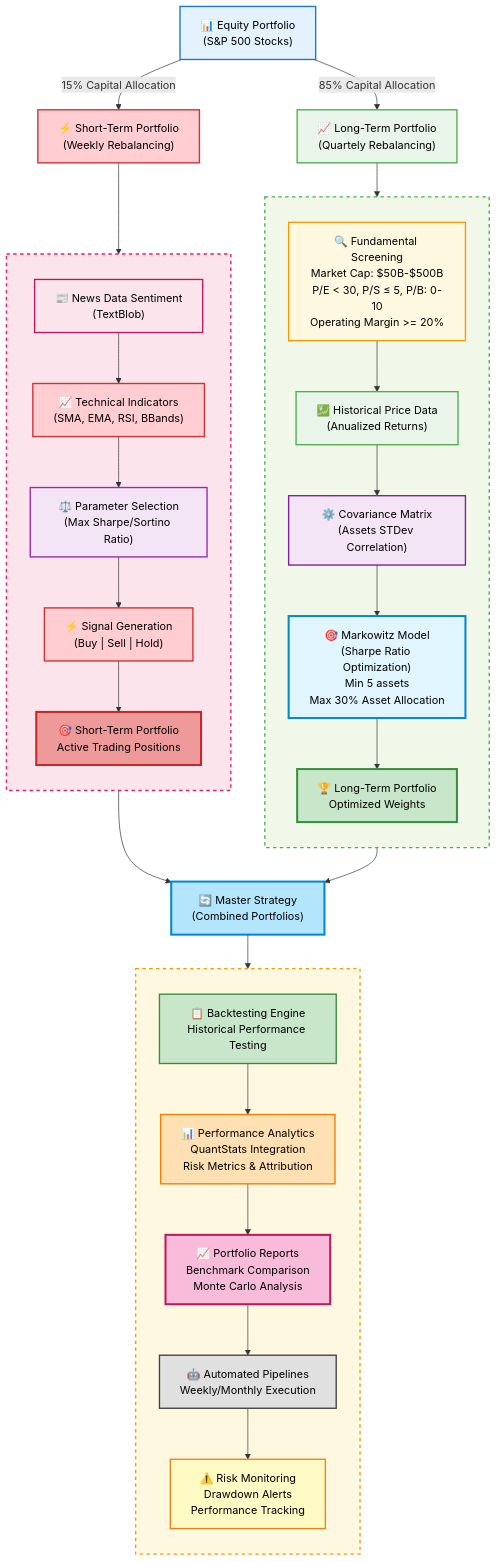
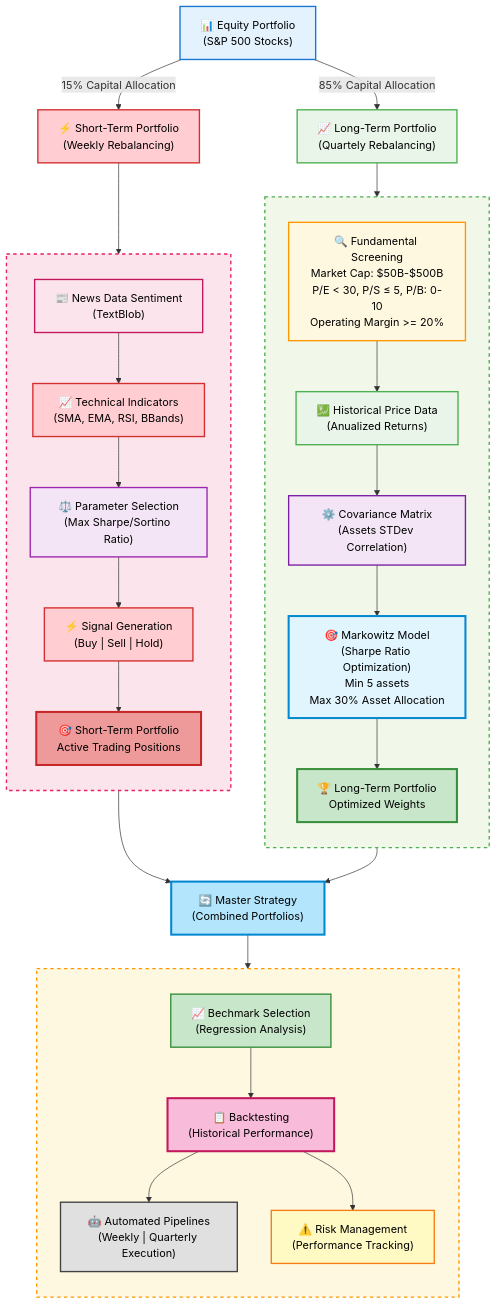
The diagram in README.md (renan-peres/mfin-algo-trading-team), drawn with Mermaid before and after one commit. The commit also changed 2 other files, not shown here.

Commit message:
Revert Commit 8b5a7dd508470ccd85a4df4dfb3c0c57929e203d

```diff
--- a/README.md
+++ b/README.md
@@ -91,13 +91,12 @@
     STP --> CP
     
     %% Backtesting & Analysis
-    CP --> BE[📋 Backtesting Engine<br/>Historical Performance Testing]
-    BE --> PA[📊 Performance Analytics<br/>QuantStats Integration<br/>Risk Metrics & Attribution]
-    PA --> PR[📈 Portfolio Reports<br/>Benchmark Comparison<br/>Monte Carlo Analysis]
-    
+    CP --> BE["📈 Bechmark Selection<br/>(Regression Analysis)"]
+    BE --> PR["📋 Backtesting<br/>(Historical Performance)"]
+
     %% Automation
-    PR --> AP[🤖 Automated Pipelines<br/>Weekly/Monthly Execution]
-    AP --> RM[⚠️ Risk Monitoring<br/>Drawdown Alerts<br/>Performance Tracking]
+    PR --> AP["🤖 Automated Pipelines<br/>(Weekly | Quarterly Execution)"]
+    PR --> RM["⚠️ Risk Management<br/>(Performance Tracking)"]
     
     %% Improved Styling with Better Contrast
     style DS fill:#e3f2fd,stroke:#1976d2,stroke-width:2px,color:#000000
@@ -121,7 +120,6 @@
     %% Combined flow styling
     style CP fill:#b3e5fc,stroke:#0288d1,stroke-width:3px,color:#000000
     style BE fill:#c8e6c9,stroke:#388e3c,stroke-width:2px,color:#000000
-    style PA fill:#ffe0b2,stroke:#f57c00,stroke-width:2px,color:#000000
     style PR fill:#f8bbd9,stroke:#c2185b,stroke-width:3px,color:#000000
     style AP fill:#e0e0e0,stroke:#424242,stroke-width:2px,color:#000000
     style RM fill:#fff9c4,stroke:#f57f17,stroke-width:2px,color:#000000
@@ -148,7 +146,6 @@
     subgraph Analytics[" "]
         direction TB
         BE
-        PA
         PR
         AP
         RM
```
